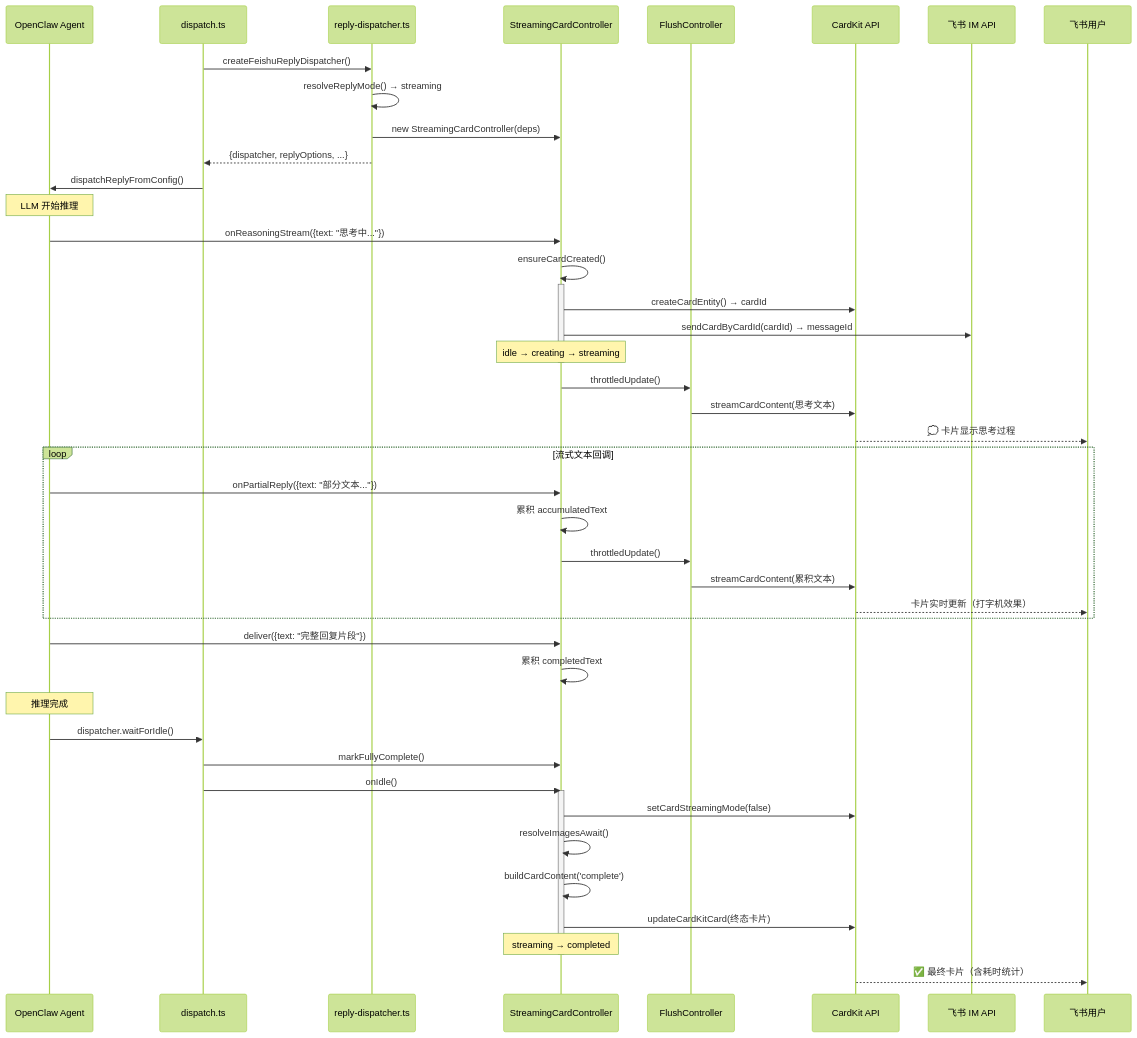
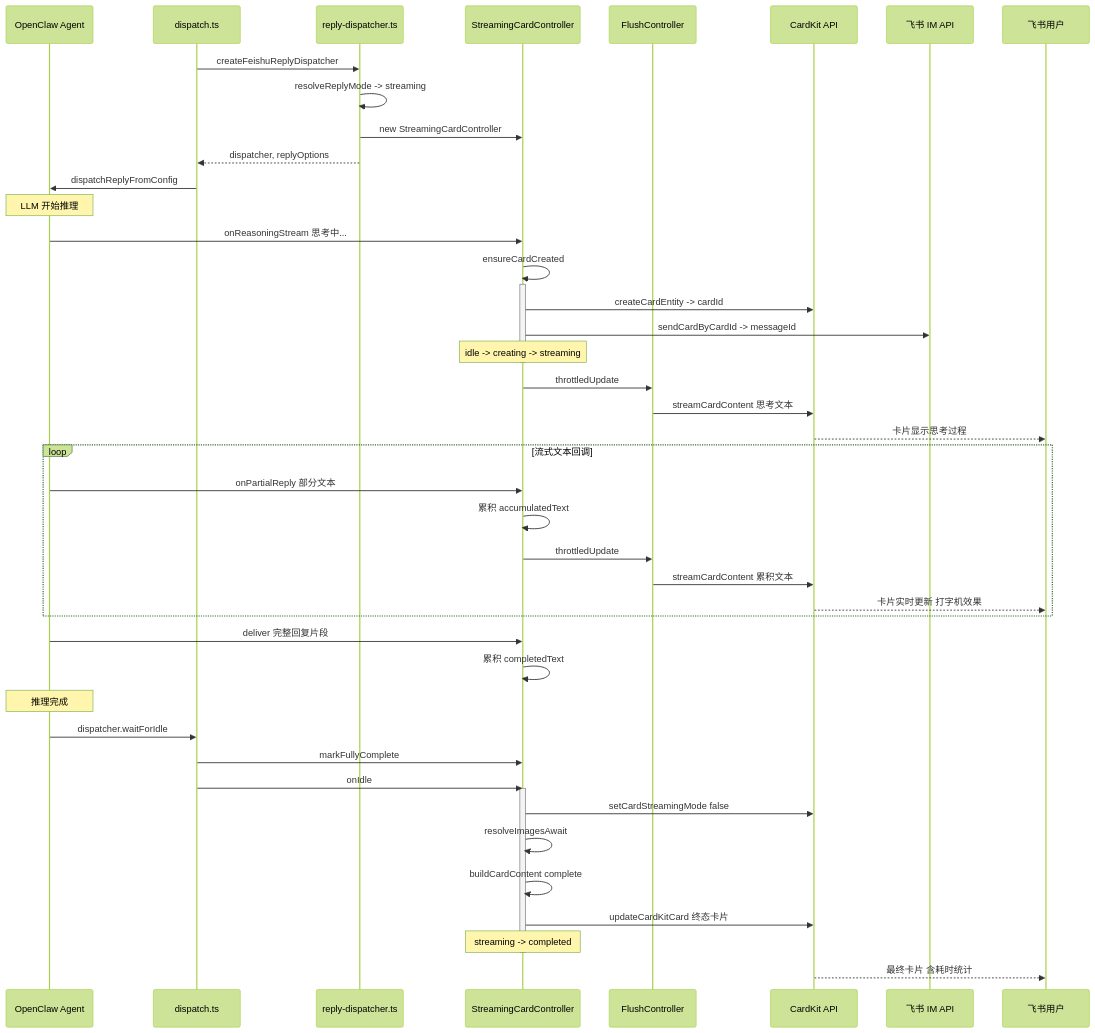
One commit to seansun32/openclaw-lark changed the fifth of 10 diagrams in docs/arch.md. Above: the diagram before and after it, drawn with Mermaid (forest theme). The commit also changed other lines of this file, not shown here.

First line of the commit message:
fix: remove parentheses from Mermaid node labels to fix GitHub rendering

````diff
--- a/docs/arch.md
+++ b/docs/arch.md
@@ -431,59 +421,59 @@
 ```mermaid
 sequenceDiagram
     participant Agent as OpenClaw Agent
     participant Dispatch as dispatch.ts
     participant Factory as reply-dispatcher.ts
     participant Ctrl as StreamingCardController
     participant Flush as FlushController
     participant CK as CardKit API
     participant IM as 飞书 IM API
     participant User as 飞书用户
 
-    Dispatch->>Factory: createFeishuReplyDispatcher()
-    Factory->>Factory: resolveReplyMode() → streaming
-    Factory->>Ctrl: new StreamingCardController(deps)
-    Factory-->>Dispatch: {dispatcher, replyOptions, ...}
+    Dispatch->>Factory: createFeishuReplyDispatcher
+    Factory->>Factory: resolveReplyMode -> streaming
+    Factory->>Ctrl: new StreamingCardController
+    Factory-->>Dispatch: dispatcher, replyOptions
 
-    Dispatch->>Agent: dispatchReplyFromConfig()
+    Dispatch->>Agent: dispatchReplyFromConfig
     Note over Agent: LLM 开始推理
 
-    Agent->>Ctrl: onReasoningStream({text: "思考中..."})
-    Ctrl->>Ctrl: ensureCardCreated()
+    Agent->>Ctrl: onReasoningStream 思考中...
+    Ctrl->>Ctrl: ensureCardCreated
 
     activate Ctrl
-    Ctrl->>CK: createCardEntity() → cardId
-    Ctrl->>IM: sendCardByCardId(cardId) → messageId
-    Note over Ctrl: idle → creating → streaming
+    Ctrl->>CK: createCardEntity -> cardId
+    Ctrl->>IM: sendCardByCardId -> messageId
+    Note over Ctrl: idle -> creating -> streaming
     deactivate Ctrl
 
-    Ctrl->>Flush: throttledUpdate()
-    Flush->>CK: streamCardContent(思考文本)
-    CK-->>User: 💭 卡片显示思考过程
+    Ctrl->>Flush: throttledUpdate
+    Flush->>CK: streamCardContent 思考文本
+    CK-->>User: 卡片显示思考过程
 
     loop 流式文本回调
-        Agent->>Ctrl: onPartialReply({text: "部分文本..."})
+        Agent->>Ctrl: onPartialReply 部分文本
         Ctrl->>Ctrl: 累积 accumulatedText
-        Ctrl->>Flush: throttledUpdate()
-        Flush->>CK: streamCardContent(累积文本)
-        CK-->>User: 卡片实时更新（打字机效果）
+        Ctrl->>Flush: throttledUpdate
+        Flush->>CK: streamCardContent 累积文本
+        CK-->>User: 卡片实时更新 打字机效果
     end
 
-    Agent->>Ctrl: deliver({text: "完整回复片段"})
+    Agent->>Ctrl: deliver 完整回复片段
     Ctrl->>Ctrl: 累积 completedText
 
     Note over Agent: 推理完成
 
-    Agent->>Dispatch: dispatcher.waitForIdle()
-    Dispatch->>Ctrl: markFullyComplete()
-    Dispatch->>Ctrl: onIdle()
+    Agent->>Dispatch: dispatcher.waitForIdle
+    Dispatch->>Ctrl: markFullyComplete
+    Dispatch->>Ctrl: onIdle
 
     activate Ctrl
-    Ctrl->>CK: setCardStreamingMode(false)
-    Ctrl->>Ctrl: resolveImagesAwait()
-    Ctrl->>Ctrl: buildCardContent('complete')
-    Ctrl->>CK: updateCardKitCard(终态卡片)
-    Note over Ctrl: streaming → completed
+    Ctrl->>CK: setCardStreamingMode false
+    Ctrl->>Ctrl: resolveImagesAwait
+    Ctrl->>Ctrl: buildCardContent complete
+    Ctrl->>CK: updateCardKitCard 终态卡片
+    Note over Ctrl: streaming -> completed
     deactivate Ctrl
 
-    CK-->>User: ✅ 最终卡片（含耗时统计）
+    CK-->>User: 最终卡片 含耗时统计
 ```
````
